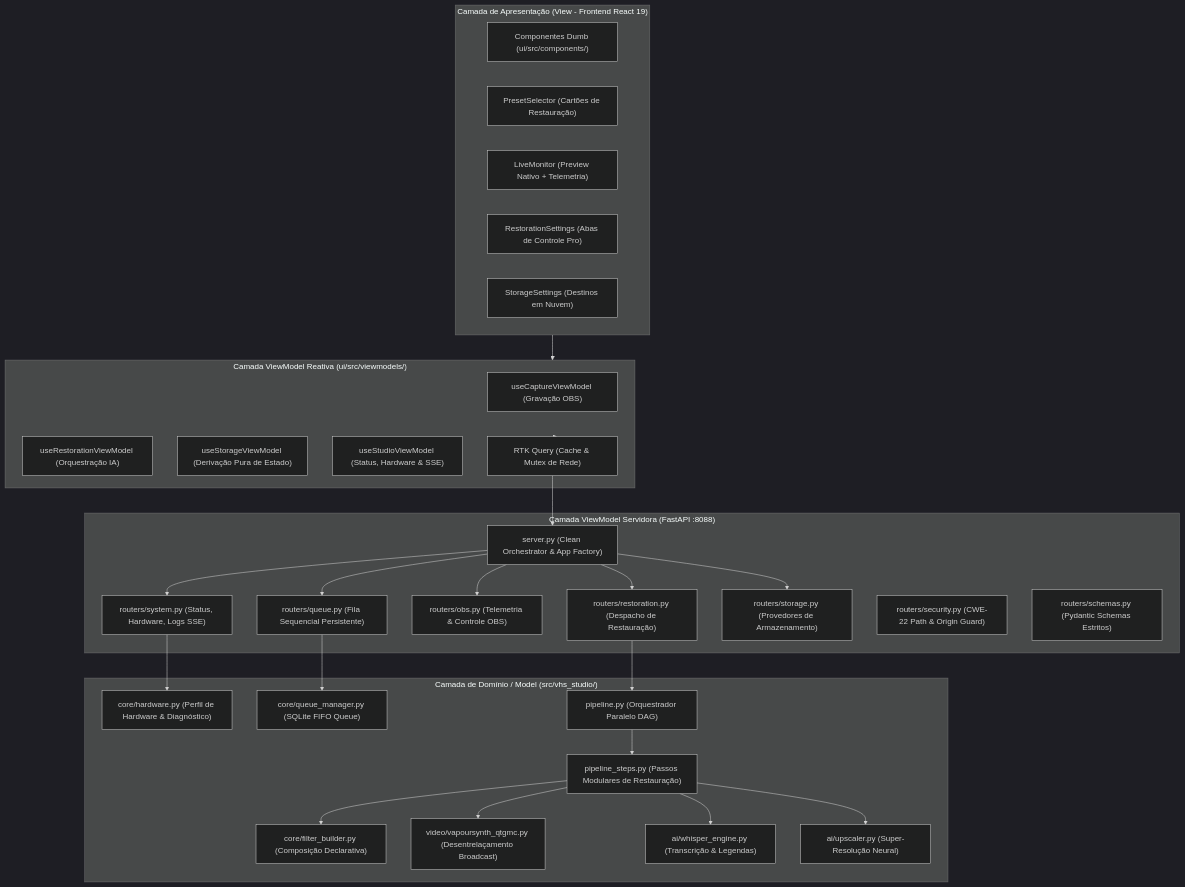
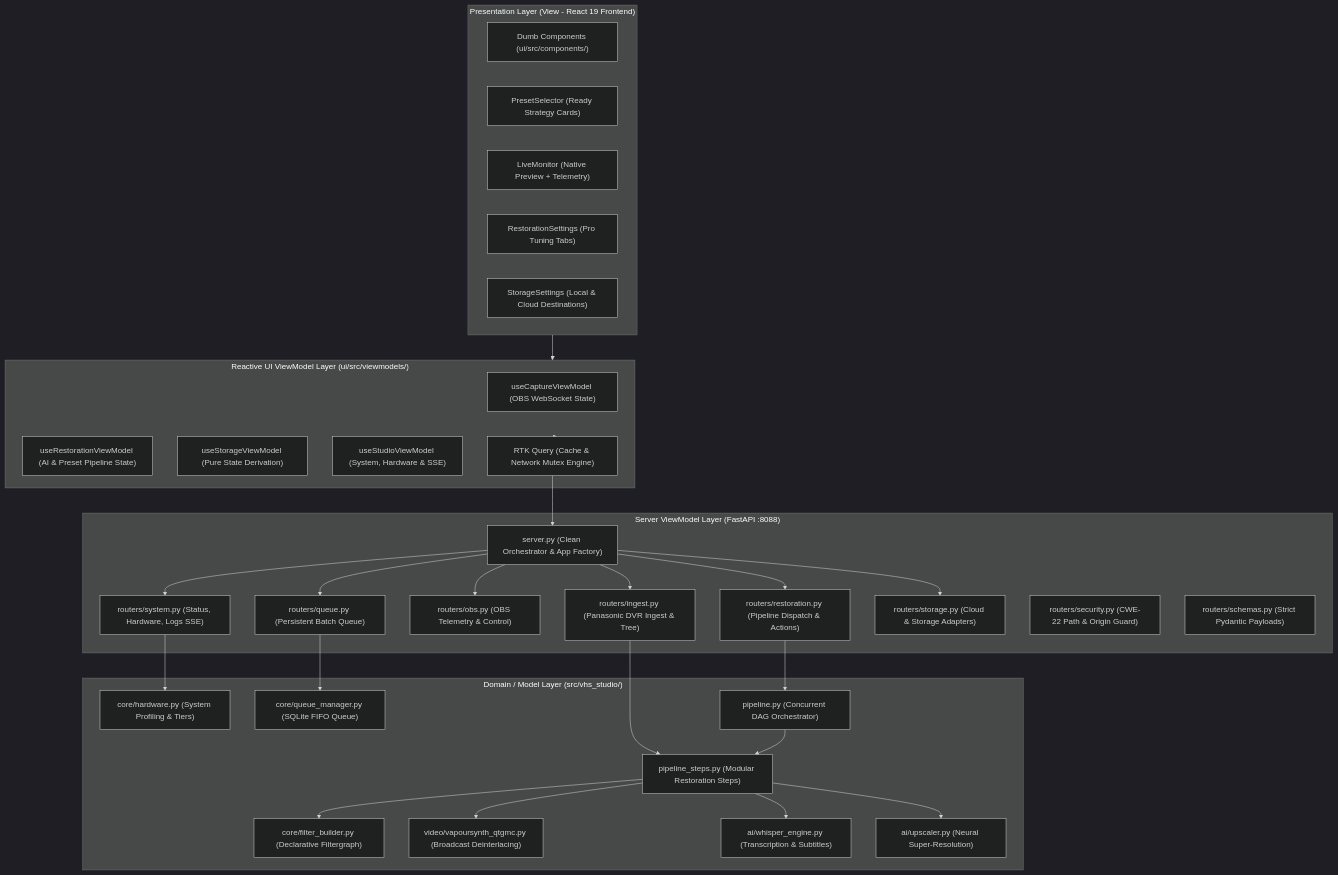
One commit to orgchrono/vhs-capture-scripts changed the first of 2 diagrams in docs/ARCHITECTURE.md. Above: the diagram before and after it, drawn with Mermaid (dark theme). The commit also changed other lines of this file and 17 other files, not shown here.

````diff
--- a/docs/ARCHITECTURE.md
+++ b/docs/ARCHITECTURE.md
@@ -27,57 +37,60 @@
 ```mermaid
 flowchart TD
-    subgraph View ["Camada de Apresentação (View - Frontend React 19)"]
-        UI_Components["Componentes Dumb (ui/src/components/)"]
-        PresetUI["PresetSelector (Cartões de Restauração)"]
-        MonitorUI["LiveMonitor (Preview Nativo + Telemetria)"]
-        SettingsUI["RestorationSettings (Abas de Controle Pro)"]
-        StorageUI["StorageSettings (Destinos em Nuvem)"]
+    subgraph View ["Presentation Layer (View - React 19 Frontend)"]
+        UI_Components["Dumb Components (ui/src/components/)"]
+        PresetUI["PresetSelector (Ready Strategy Cards)"]
+        MonitorUI["LiveMonitor (Native Preview + Telemetry)"]
+        SettingsUI["RestorationSettings (Pro Tuning Tabs)"]
+        StorageUI["StorageSettings (Local & Cloud Destinations)"]
     end
 
-    subgraph ViewModel_UI ["Camada ViewModel Reativa (ui/src/viewmodels/)"]
-        VM_Capture["useCaptureViewModel (Gravação OBS)"]
-        VM_Restore["useRestorationViewModel (Orquestração IA)"]
-        VM_Storage["useStorageViewModel (Derivação Pura de Estado)"]
-        VM_Studio["useStudioViewModel (Status, Hardware & SSE)"]
-        RTK_Query["RTK Query (Cache & Mutex de Rede)"]
+    subgraph ViewModel_UI ["Reactive UI ViewModel Layer (ui/src/viewmodels/)"]
+        VM_Capture["useCaptureViewModel (OBS WebSocket State)"]
+        VM_Restore["useRestorationViewModel (AI & Preset Pipeline State)"]
+        VM_Storage["useStorageViewModel (Pure State Derivation)"]
+        VM_Studio["useStudioViewModel (System, Hardware & SSE)"]
+        RTK_Query["RTK Query (Cache & Network Mutex Engine)"]
     end
 
-    subgraph ViewModel_API ["Camada ViewModel Servidora (FastAPI :8088)"]
+    subgraph ViewModel_API ["Server ViewModel Layer (FastAPI :8088)"]
         API_Server["server.py (Clean Orchestrator & App Factory)"]
         Router_System["routers/system.py (Status, Hardware, Logs SSE)"]
-        Router_Queue["routers/queue.py (Fila Sequencial Persistente)"]
-        Router_Obs["routers/obs.py (Telemetria & Controle OBS)"]
-        Router_Restore["routers/restoration.py (Despacho de Restauração)"]
-        Router_Storage["routers/storage.py (Provedores de Armazenamento)"]
+        Router_Queue["routers/queue.py (Persistent Batch Queue)"]
+        Router_Obs["routers/obs.py (OBS Telemetry & Control)"]
+        Router_Restore["routers/restoration.py (Pipeline Dispatch & Actions)"]
+        Router_Ingest["routers/ingest.py (Panasonic DVR Ingest & Tree)"]
+        Router_Storage["routers/storage.py (Cloud & Storage Adapters)"]
         Router_Security["routers/security.py (CWE-22 Path & Origin Guard)"]
-        Router_Schemas["routers/schemas.py (Pydantic Schemas Estritos)"]
+        Router_Schemas["routers/schemas.py (Strict Pydantic Payloads)"]
     end
 
-    subgraph Model ["Camada de Domínio / Model (src/vhs_studio/)"]
-        HAL["core/hardware.py (Perfil de Hardware & Diagnóstico)"]
-        FilterBuilder["core/filter_builder.py (Composição Declarativa)"]
+    subgraph Model ["Domain / Model Layer (src/vhs_studio/)"]
+        HAL["core/hardware.py (System Profiling & Tiers)"]
+        FilterBuilder["core/filter_builder.py (Declarative Filtergraph)"]
         QueueMgr["core/queue_manager.py (SQLite FIFO Queue)"]
-        DAG_Pipeline["pipeline.py (Orquestrador Paralelo DAG)"]
-        Steps["pipeline_steps.py (Passos Modulares de Restauração)"]
-        VapourSynth["video/vapoursynth_qtgmc.py (Desentrelaçamento Broadcast)"]
-        Whisper["ai/whisper_engine.py (Transcrição & Legendas)"]
-        Upscaler["ai/upscaler.py (Super-Resolução Neural)"]
+        DAG_Pipeline["pipeline.py (Concurrent DAG Orchestrator)"]
+        Steps["pipeline_steps.py (Modular Restoration Steps)"]
+        VapourSynth["video/vapoursynth_qtgmc.py (Broadcast Deinterlacing)"]
+        Whisper["ai/whisper_engine.py (Transcription & Subtitles)"]
+        Upscaler["ai/upscaler.py (Neural Super-Resolution)"]
     end
 
     View --> ViewModel_UI
     ViewModel_UI --> RTK_Query
     RTK_Query --> API_Server
     API_Server --> Router_System
     API_Server --> Router_Queue
     API_Server --> Router_Obs
     API_Server --> Router_Restore
+    API_Server --> Router_Ingest
     API_Server --> Router_Storage
     Router_System --> HAL
     Router_Queue --> QueueMgr
     Router_Restore --> DAG_Pipeline
+    Router_Ingest --> Steps
     DAG_Pipeline --> Steps
     Steps --> FilterBuilder
     Steps --> VapourSynth
     Steps --> Whisper
     Steps --> Upscaler
 ```
````
